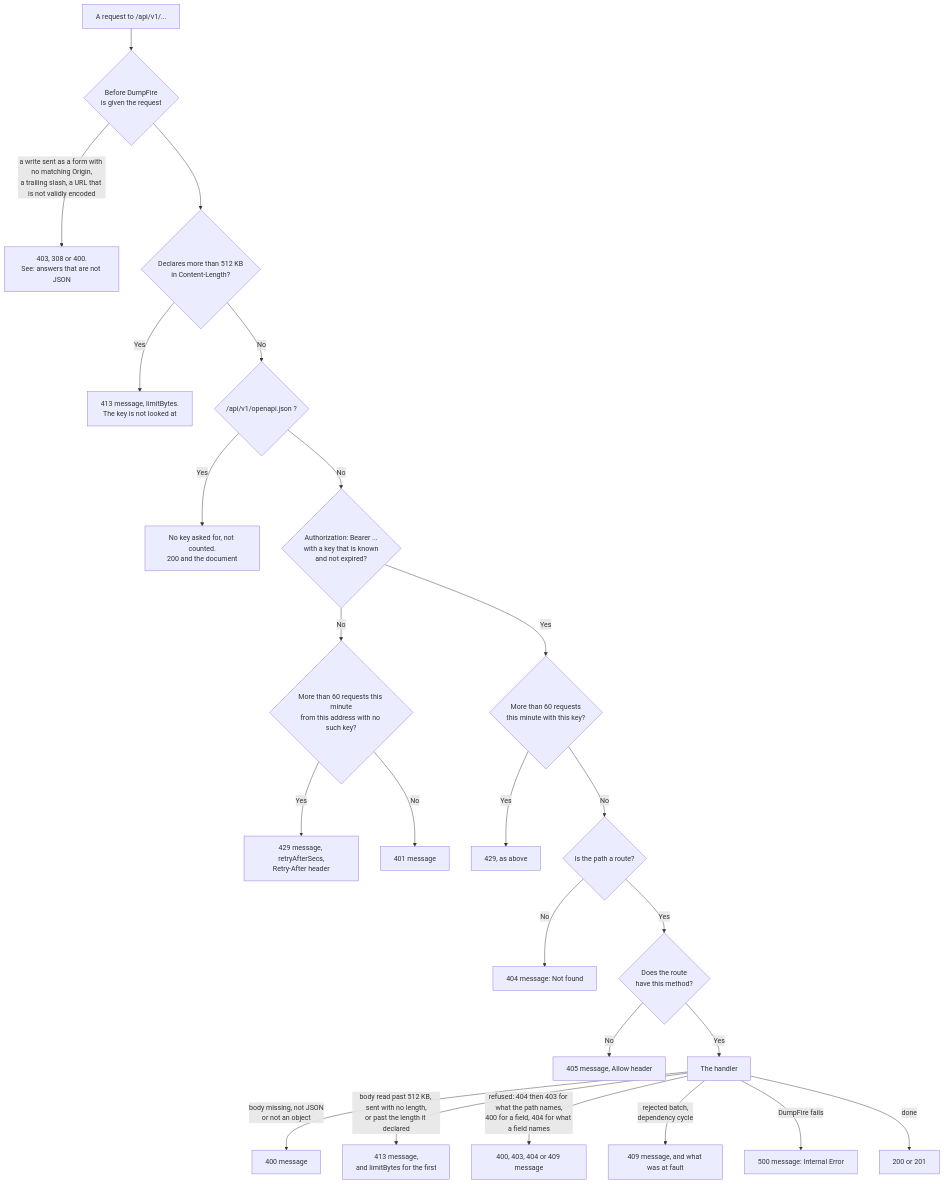
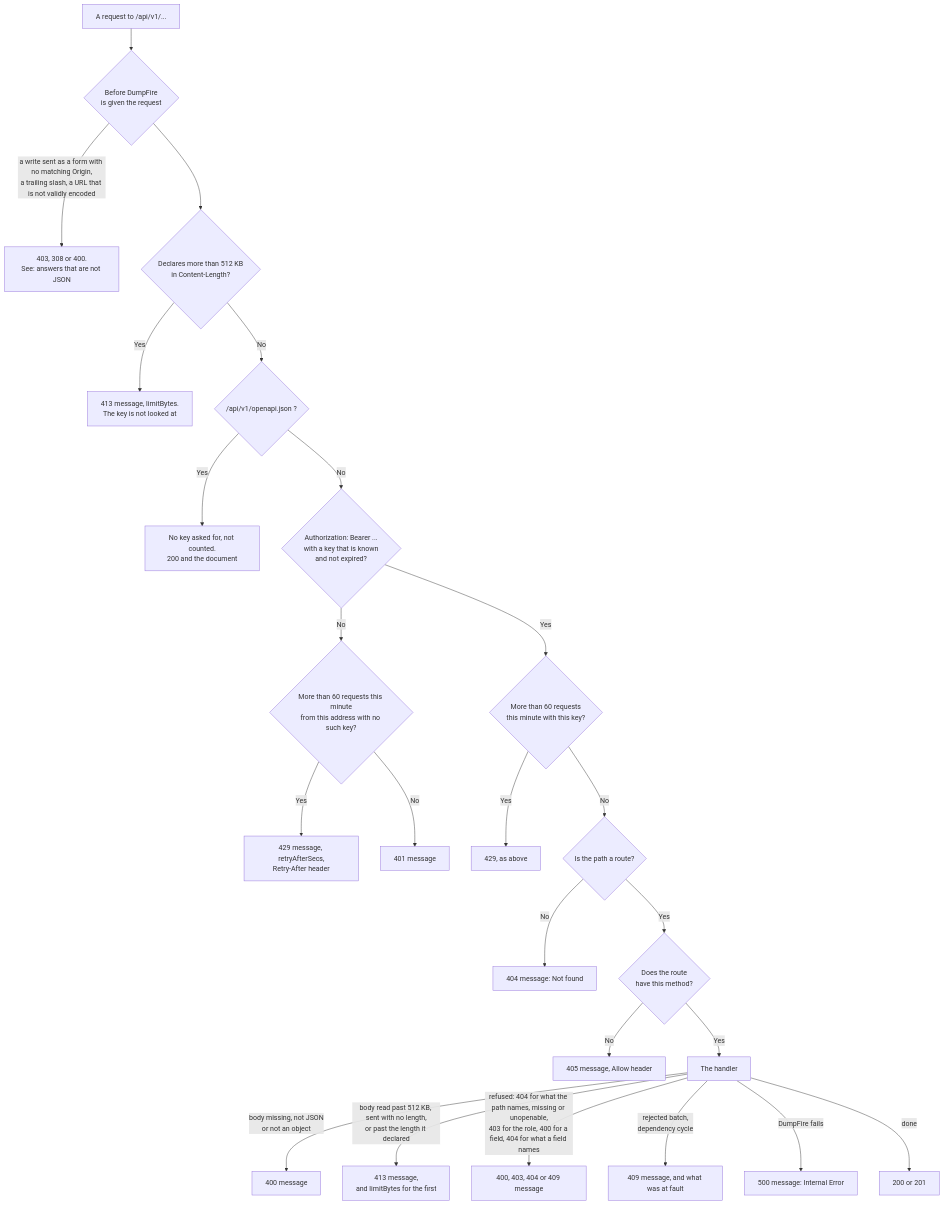
The diagram in DUMPFIRE_API.md (gitBoon/DumpFire), drawn with Mermaid before and after one commit. The commit also changed other lines of this file and 78 other files, not shown here.

````diff
--- a/DUMPFIRE_API.md
+++ b/DUMPFIRE_API.md
@@ -136,26 +137,26 @@
 ```mermaid
 flowchart TD
     Req["A request to /api/v1/..."] --> Kit{"Before DumpFire<br/>is given the request"}
     Kit -->|"a write sent as a form with no matching Origin,<br/>a trailing slash, a URL that is not validly encoded"| NotJson["403, 308 or 400.<br/>See: answers that are not JSON"]
     Kit --> Size{"Declares more than 512 KB<br/>in Content-Length?"}
     Size -->|"Yes"| E413a["413 message, limitBytes.<br/>The key is not looked at"]
     Size -->|"No"| Doc{"/api/v1/openapi.json ?"}
     Doc -->|"Yes"| Public["No key asked for, not counted.<br/>200 and the document"]
     Doc -->|"No"| Key{"Authorization: Bearer ...<br/>with a key that is known<br/>and not expired?"}
     Key -->|"No"| Guess{"More than 60 requests this minute<br/>from this address with no such key?"}
     Guess -->|"Yes"| E429a["429 message, retryAfterSecs,<br/>Retry-After header"]
     Guess -->|"No"| E401["401 message"]
     Key -->|"Yes"| Limit{"More than 60 requests<br/>this minute with this key?"}
     Limit -->|"Yes"| E429["429, as above"]
     Limit -->|"No"| Route{"Is the path a route?"}
     Route -->|"No"| E404["404 message: Not found"]
     Route -->|"Yes"| Method{"Does the route<br/>have this method?"}
     Method -->|"No"| E405["405 message, Allow header"]
     Method -->|"Yes"| Handler["The handler"]
     Handler -->|"body missing, not JSON<br/>or not an object"| E400["400 message"]
     Handler -->|"body read past 512 KB, sent with no length,<br/>or past the length it declared"| E413["413 message,<br/>and limitBytes for the first"]
-    Handler -->|"refused: 404 then 403 for what the path names,<br/>400 for a field, 404 for what a field names"| E4xx["400, 403, 404 or 409 message"]
+    Handler -->|"refused: 404 for what the path names, missing or unopenable,<br/>403 for the role, 400 for a field, 404 for what a field names"| E4xx["400, 403, 404 or 409 message"]
     Handler -->|"rejected batch,<br/>dependency cycle"| E409["409 message, and what was at fault"]
     Handler -->|"DumpFire fails"| E500["500 message: Internal Error"]
     Handler -->|"done"| Ok["200 or 201"]
 ```
````
